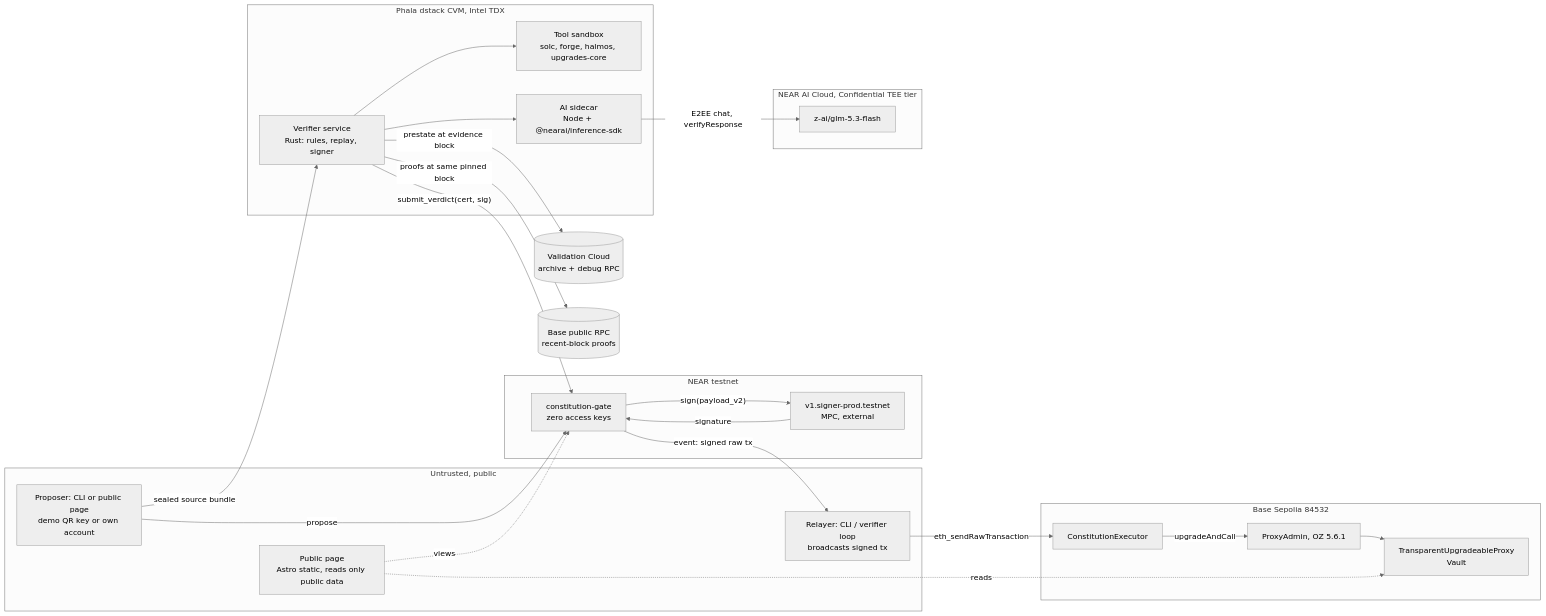
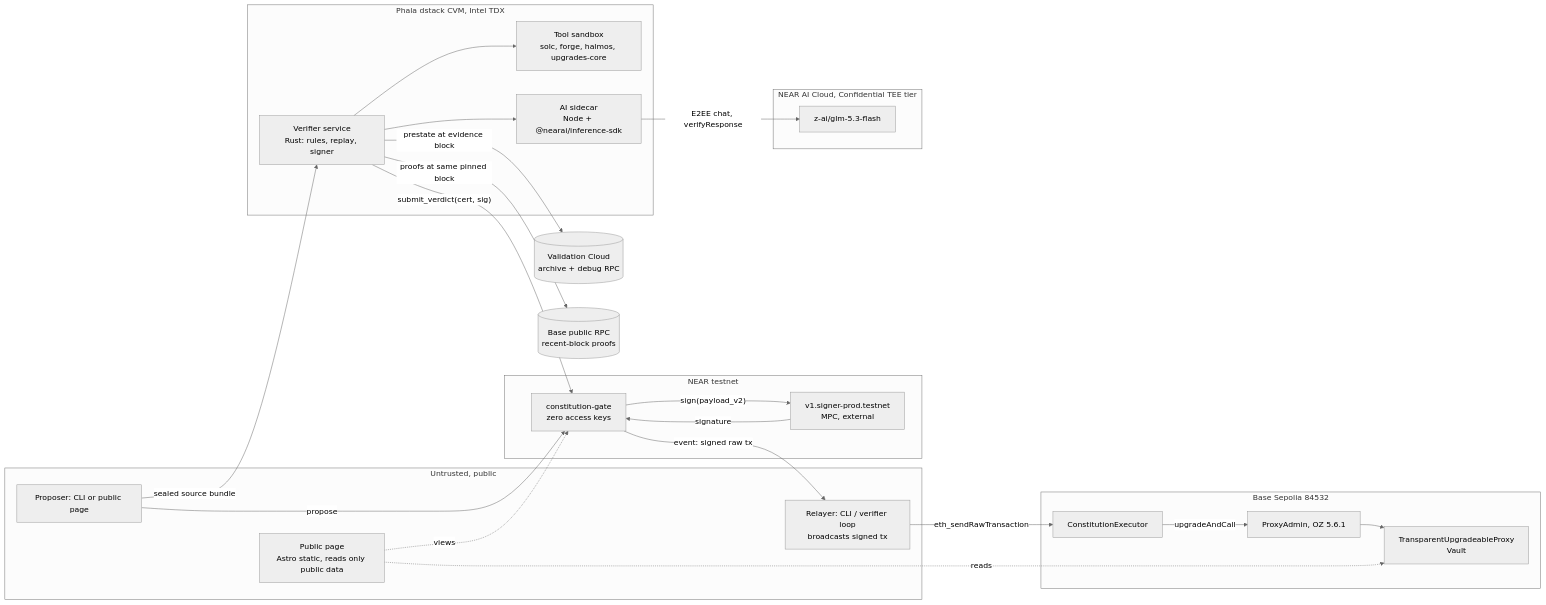
Before and after one commit to Dylansius11/constitution: the first of 3 diagrams in docs/technical/ARCHITECTURE.md, drawn with Mermaid (neutral theme). The commit also changed other lines of this file and 4 other files, not shown here.

````diff
--- a/docs/technical/ARCHITECTURE.md
+++ b/docs/technical/ARCHITECTURE.md
@@ -12,43 +12,43 @@
 ```mermaid
 flowchart LR
   subgraph Public["Untrusted, public"]
-    U[Proposer: CLI or public page<br/>demo QR key or own account]
+    U[Proposer: CLI or public page]
     R[Relayer: CLI / verifier loop<br/>broadcasts signed tx]
     P[Public page<br/>Astro static, reads only public data]
   end
   subgraph NEAR["NEAR testnet"]
     G[constitution-gate<br/>zero access keys]
     M[v1.signer-prod.testnet<br/>MPC, external]
   end
   subgraph TEE1["Phala dstack CVM, Intel TDX"]
     V[Verifier service<br/>Rust: rules, replay, signer]
     T[Tool sandbox<br/>solc, forge, halmos, upgrades-core]
     S[AI sidecar<br/>Node + @nearai/inference-sdk]
   end
   subgraph TEE2["NEAR AI Cloud, Confidential TEE tier"]
     A[z-ai/glm-5.3-flash]
   end
   subgraph BASE["Base Sepolia 84532"]
     E[ConstitutionExecutor]
     PA[ProxyAdmin, OZ 5.6.1]
     X[TransparentUpgradeableProxy<br/>Vault]
   end
   ARC[(Validation Cloud<br/>archive + debug RPC)]
   PROOF[(Base public RPC<br/>recent-block proofs)]
 
   U -- propose --> G
   U -- sealed source bundle --> V
   V --> T
   V --> S
   S -- E2EE chat, verifyResponse --> A
   V -- prestate at evidence block --> ARC
   V -- proofs at same pinned block --> PROOF
   V -- submit_verdict(cert, sig) --> G
   G -- sign(payload_v2) --> M
   M -- signature --> G
   G -- event: signed raw tx --> R
   R -- eth_sendRawTransaction --> E
   E -- upgradeAndCall --> PA --> X
   P -. views .-> G
   P -. reads .-> X
 ```
````
